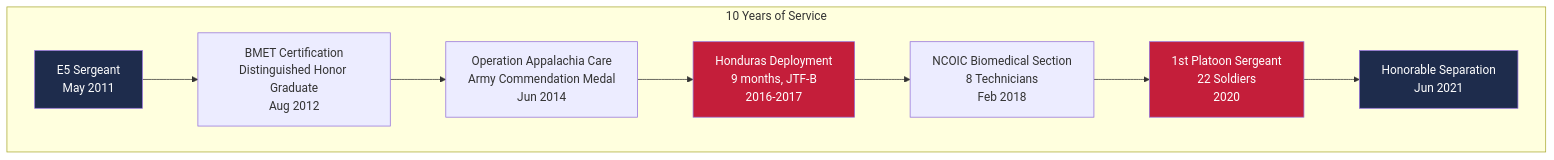
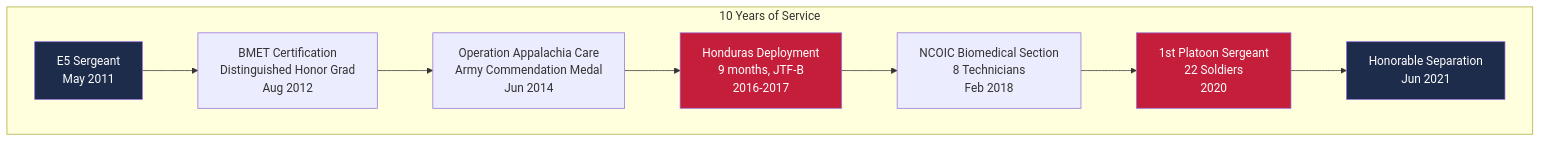
The fourth of 7 diagrams in Ethan-Kunz-Resume-TechManager.md (EE-EDK/Ethan-D-Kunz-Resume-2025), drawn with Mermaid before and after one commit. The commit also changed other lines of this file and 1 other file, not shown here.

````diff
--- a/Ethan-Kunz-Resume-TechManager.md
+++ b/Ethan-Kunz-Resume-TechManager.md
@@ -186,16 +132,15 @@
 ```mermaid
 flowchart TB
     subgraph "10 Years of Service"
-        A["E5 Sergeant<br/>May 2011"] --> B["BMET Certification<br/>Distinguished Honor Graduate<br/>Aug 2012"]
+        A["E5 Sergeant<br/>May 2011"] --> B["BMET Certification<br/>Distinguished Honor Grad<br/>Aug 2012"]
         B --> C["Operation Appalachia Care<br/>Army Commendation Medal<br/>Jun 2014"]
         C --> D["Honduras Deployment<br/>9 months, JTF-B<br/>2016-2017"]
         D --> E["NCOIC Biomedical Section<br/>8 Technicians<br/>Feb 2018"]
         E --> F["1st Platoon Sergeant<br/>22 Soldiers<br/>2020"]
         F --> G["Honorable Separation<br/>Jun 2021"]
     end
-
     style A fill:#1e2c4c,color:#fff
     style D fill:#c41e3a,color:#fff
     style F fill:#c41e3a,color:#fff
     style G fill:#1e2c4c,color:#fff
 ```
````
